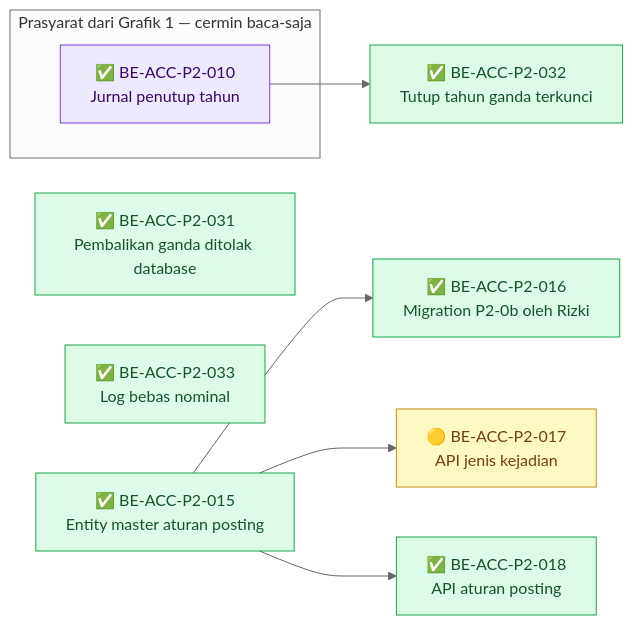
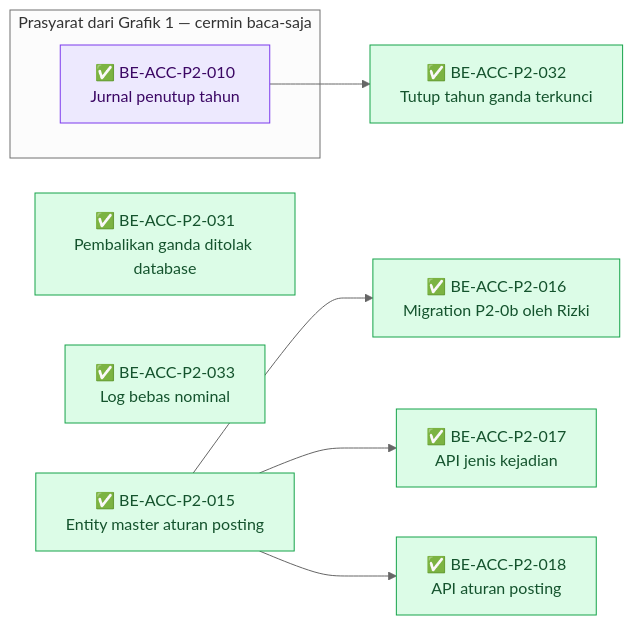
One commit to DevBenari/NewQuilvianSystemBackend changed the third of 3 diagrams in docs/module-blueprints/accounting/roadmap/backend-roadmap-phase2.md. Above: the diagram before and after it, drawn with Mermaid (neutral theme). The commit also changed other lines of this file and 3 other files, not shown here.

````diff
--- a/docs/module-blueprints/accounting/roadmap/backend-roadmap-phase2.md
+++ b/docs/module-blueprints/accounting/roadmap/backend-roadmap-phase2.md
@@ -119,25 +119,25 @@
 ```mermaid
 flowchart LR
     classDef selesai fill:#DCFCE7,stroke:#16A34A,color:#14532D
     classDef sebagian fill:#FEF9C3,stroke:#CA8A04,color:#713F12
     classDef terblokir fill:#FEE2E2,stroke:#DC2626,color:#7F1D1D
     classDef belum fill:#F1F5F9,stroke:#64748B,color:#0F172A
     classDef luar fill:#EDE9FE,stroke:#7C3AED,color:#3B0764
 
     subgraph cermin["Prasyarat dari Grafik 1 — cermin baca-saja"]
         MBEACCP2010["✅ BE-ACC-P2-010<br/>Jurnal penutup tahun"]:::luar
     end
 
     BEACCP2031["✅ BE-ACC-P2-031<br/>Pembalikan ganda ditolak database"]:::selesai
     BEACCP2032["✅ BE-ACC-P2-032<br/>Tutup tahun ganda terkunci"]:::selesai
     BEACCP2033["✅ BE-ACC-P2-033<br/>Log bebas nominal"]:::selesai
     BEACCP2015["✅ BE-ACC-P2-015<br/>Entity master aturan posting"]:::selesai
     BEACCP2016["✅ BE-ACC-P2-016<br/>Migration P2-0b oleh Rizki"]:::selesai
-    BEACCP2017["🟡 BE-ACC-P2-017<br/>API jenis kejadian"]:::sebagian
+    BEACCP2017["✅ BE-ACC-P2-017<br/>API jenis kejadian"]:::selesai
     BEACCP2018["✅ BE-ACC-P2-018<br/>API aturan posting"]:::selesai
 
     MBEACCP2010 --> BEACCP2032
     BEACCP2015 --> BEACCP2016
     BEACCP2015 --> BEACCP2017
     BEACCP2015 --> BEACCP2018
 ```
````
